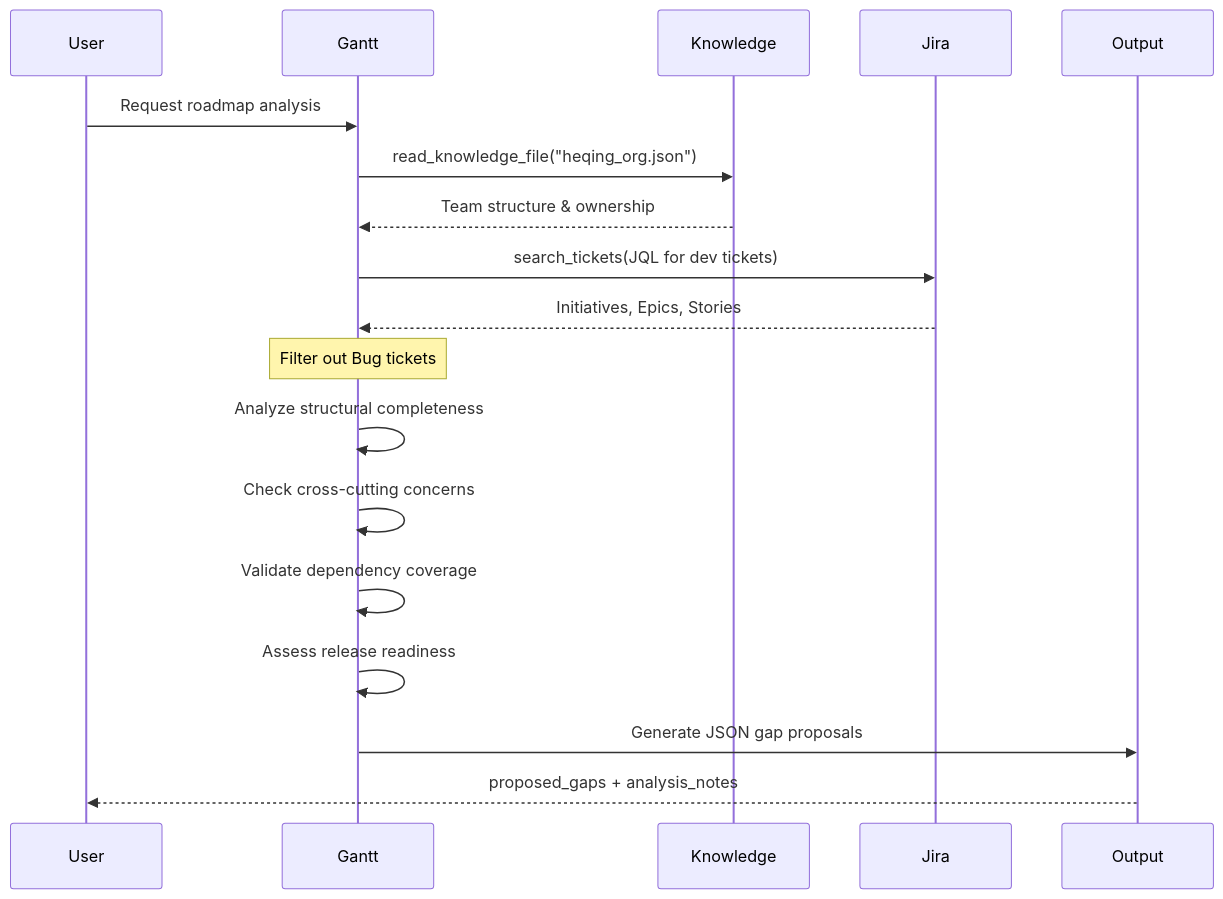
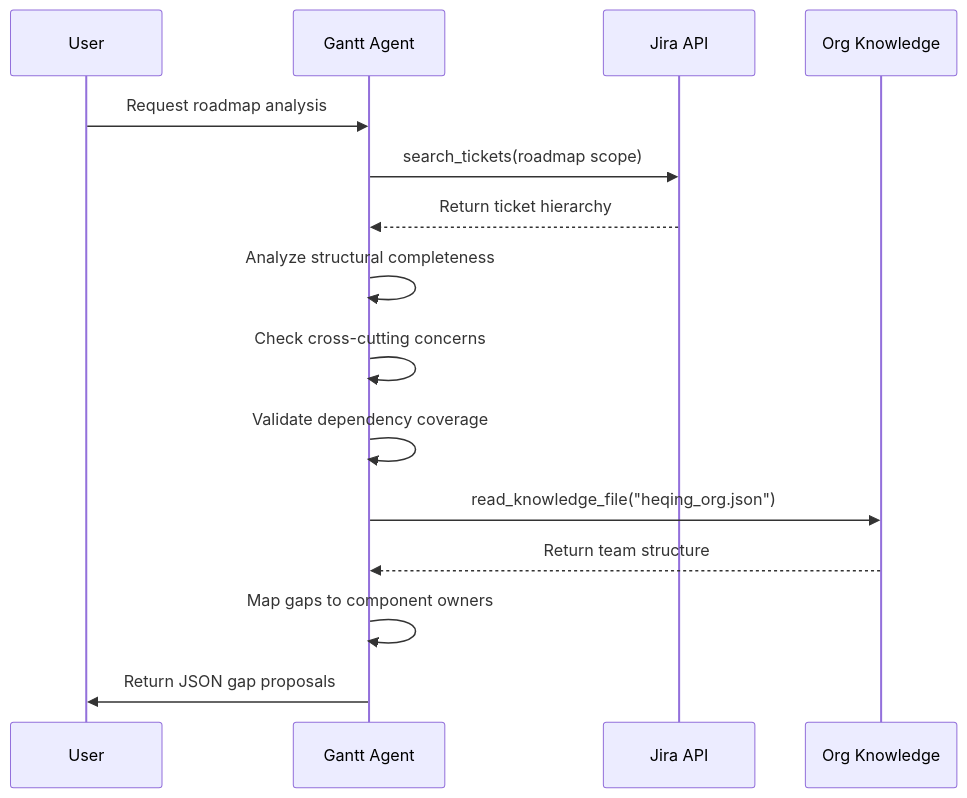
The second of 4 diagrams in docs/agents-gantt-prompts.md (jmac-cornelis/agent-workforce), drawn with Mermaid before and after one commit. The commit also changed other lines of this file and 4 other files, not shown here.

````diff
--- a/docs/agents-gantt-prompts.md
+++ b/docs/agents-gantt-prompts.md
@@ -64,21 +67,18 @@
 ```mermaid
 sequenceDiagram
     participant User
-    participant Gantt
-    participant Knowledge
-    participant Jira
-    participant Output
+    participant Gantt as Gantt Agent
+    participant Jira as Jira API
+    participant Org as Org Knowledge
     
     User->>Gantt: Request roadmap analysis
-    Gantt->>Knowledge: read_knowledge_file("heqing_org.json")
-    Knowledge-->>Gantt: Team structure & ownership
-    Gantt->>Jira: search_tickets(JQL for dev tickets)
-    Jira-->>Gantt: Initiatives, Epics, Stories
-    Note over Gantt: Filter out Bug tickets
+    Gantt->>Jira: search_tickets(roadmap scope)
+    Jira-->>Gantt: Return ticket hierarchy
     Gantt->>Gantt: Analyze structural completeness
     Gantt->>Gantt: Check cross-cutting concerns
     Gantt->>Gantt: Validate dependency coverage
-    Gantt->>Gantt: Assess release readiness
-    Gantt->>Output: Generate JSON gap proposals
-    Output-->>User: proposed_gaps + analysis_notes
+    Gantt->>Org: read_knowledge_file("heqing_org.json")
+    Org-->>Gantt: Return team structure
+    Gantt->>Gantt: Map gaps to component owners
+    Gantt->>User: Return JSON gap proposals
 ```
````
